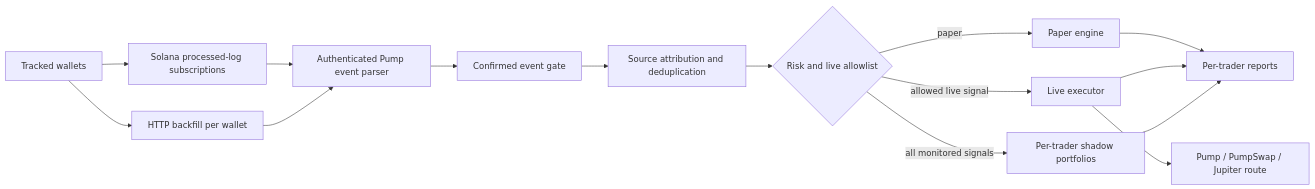
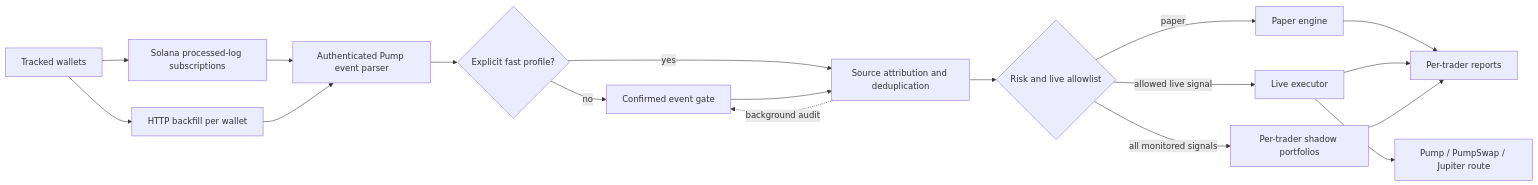
Before and after one commit to murlockwarlock/pumpfun-multi-trader-copybot: the diagram in README.md, drawn with Mermaid. The commit also changed other lines of this file and 14 other files, not shown here.

````diff
--- a/README.md
+++ b/README.md
@@ -41,17 +42,20 @@
 ```mermaid
 flowchart LR
     W[Tracked wallets] --> WS[Solana processed-log subscriptions]
     W --> BF[HTTP backfill per wallet]
     WS --> P[Authenticated Pump event parser]
     BF --> P
-    P --> V[Confirmed event gate]
-    V --> A[Source attribution and deduplication]
+    P --> F{Explicit fast profile?}
+    F -->|no| V[Confirmed event gate]
+    F -->|yes| A[Source attribution and deduplication]
+    V --> A
+    A -. background audit .-> V
     A --> R{Risk and live allowlist}
     R -->|paper| PE[Paper engine]
     R -->|allowed live signal| LE[Live executor]
     R -->|all monitored signals| SH[Per-trader shadow portfolios]
     LE --> S[Pump / PumpSwap / Jupiter route]
     PE --> REP[Per-trader reports]
     LE --> REP
     SH --> REP
 ```
````
